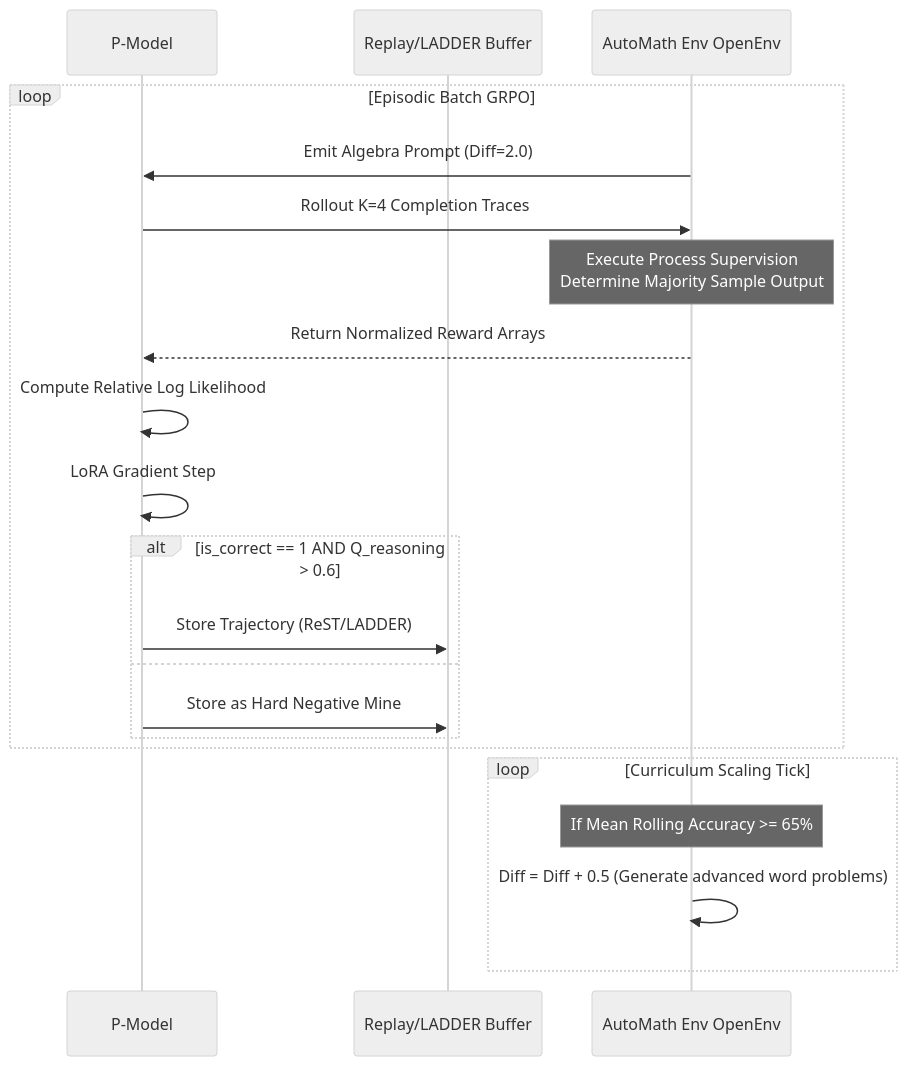
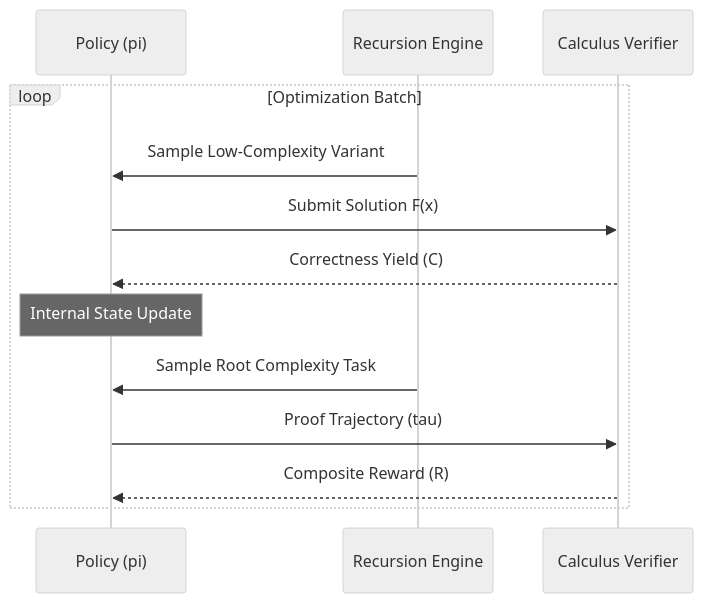
One commit to pratap-nitjsr/AutoMathReasoner changed the second of 2 diagrams in README.md. Above: the diagram before and after it, drawn with Mermaid (neutral theme). The commit also changed other lines of this file and 8 other files, not shown here.

Commit message:
Modify Task : Calculus

````diff
--- a/README.md
+++ b/README.md
@@ -74,28 +138,18 @@
 ```mermaid
 sequenceDiagram
-    participant Model as P-Model
-    participant Buffer as Replay/LADDER Buffer
-    participant Env as AutoMath Env OpenEnv
+    participant Model as Policy (pi)
+    participant Engine as Recursion Engine
+    participant Oracle as Calculus Verifier
     
-    loop Episodic Batch GRPO
-        Env->>Model: Emit Algebra Prompt (Diff=2.0)
-        Model->>Env: Rollout K=4 Completion Traces
+    loop Optimization Batch
+        Engine ->> Model: Sample Low-Complexity Variant
+        Model ->> Oracle: Submit Solution F(x)
+        Oracle -->> Model: Correctness Yield (C)
         
-        Note over Env: Execute Process Supervision<br>Determine Majority Sample Output
-        Env-->>Model: Return Normalized Reward Arrays
+        Note over Model: Internal State Update
         
-        Model->>Model: Compute Relative Log Likelihood
-        Model->>Model: LoRA Gradient Step
-        
-        alt is_correct == 1 AND Q_reasoning > 0.6
-            Model->>Buffer: Store Trajectory (ReST/LADDER)
-        else
-            Model->>Buffer: Store as Hard Negative Mine
-        end
-    end
-    
-    loop Curriculum Scaling Tick
-        Note over Env: If Mean Rolling Accuracy >= 65%
-        Env->>Env: Diff = Diff + 0.5 (Generate advanced word problems)
+        Engine ->> Model: Sample Root Complexity Task
+        Model ->> Oracle: Proof Trajectory (tau)
+        Oracle -->> Model: Composite Reward (R)
     end
 ```
````
